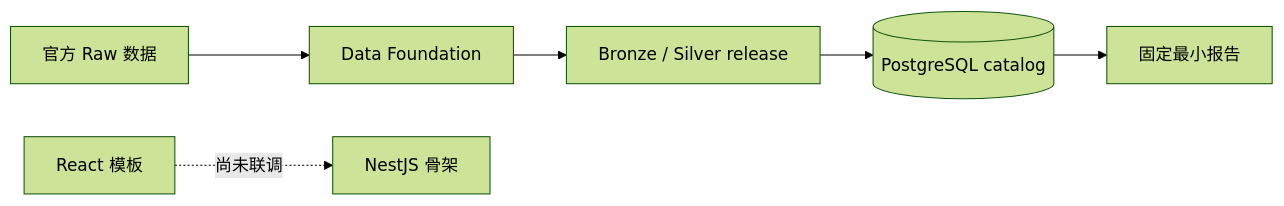
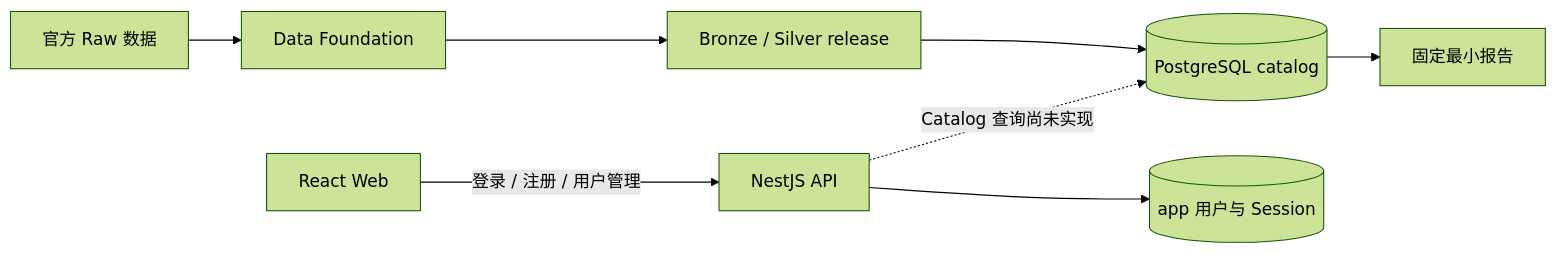
The first of 2 diagrams in docs/architecture.md (BINGWU2003/tech-scout), drawn with Mermaid (forest theme) before and after one commit. The commit also changed other lines of this file and 107 other files, not shown here.

````diff
--- a/docs/architecture.md
+++ b/docs/architecture.md
@@ -52,11 +52,11 @@
 ```mermaid
 flowchart LR
     RAW[官方 Raw 数据] --> PIPE[Data Foundation]
     PIPE --> RELEASE[Bronze / Silver release]
     RELEASE --> CATALOG[(PostgreSQL catalog)]
     CATALOG --> REPORT[固定最小报告]
 
-    WEB[React 模板]
-    API[NestJS 骨架]
-    WEB -. 尚未联调 .-> API
+    WEB[React Web] -->|登录 / 注册 / 用户管理| API[NestJS API]
+    API --> APP[(app 用户与 Session)]
+    API -. Catalog 查询尚未实现 .-> CATALOG
 ```
````
